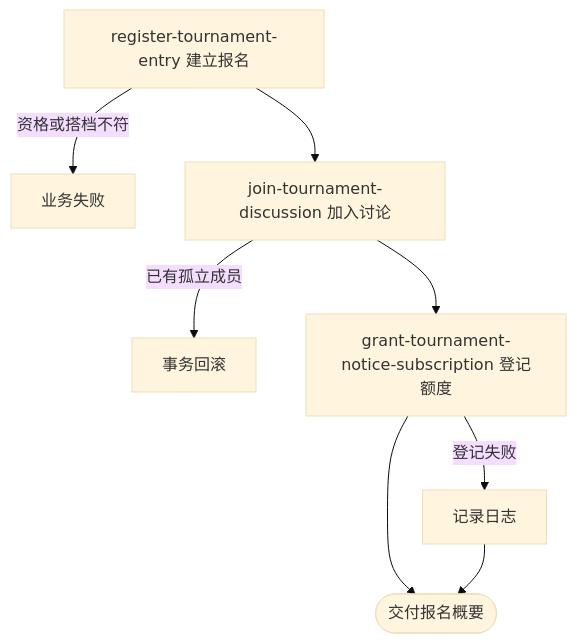
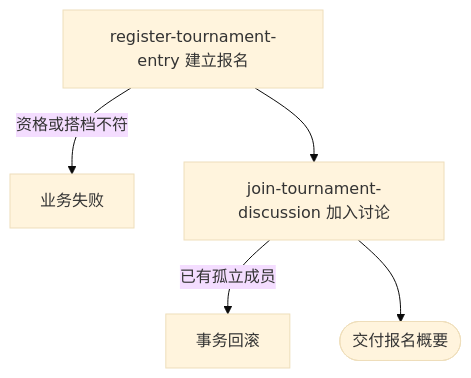
The diagram in blueprint/spec/tournament/tournament-entry/join-tournament.md (chxt100016/Rally), drawn with Mermaid (base theme) before and after one commit. The commit also changed other lines of this file and 170 other files, not shown here.

````diff
--- a/blueprint/spec/tournament/tournament-entry/join-tournament.md
+++ b/blueprint/spec/tournament/tournament-entry/join-tournament.md
@@ -27,10 +26,7 @@
 ```mermaid
 flowchart TD
     A[register-tournament-entry 建立报名] -->|资格或搭档不符| E[业务失败]
     A --> J[join-tournament-discussion 加入讨论]
     J -->|已有孤立成员| R[事务回滚]
-    J --> G[grant-tournament-notice-subscription 登记额度]
-    G -->|登记失败| T[记录日志]
-    G --> S([交付报名概要])
-    T --> S
+    J --> S([交付报名概要])
 ```
````
